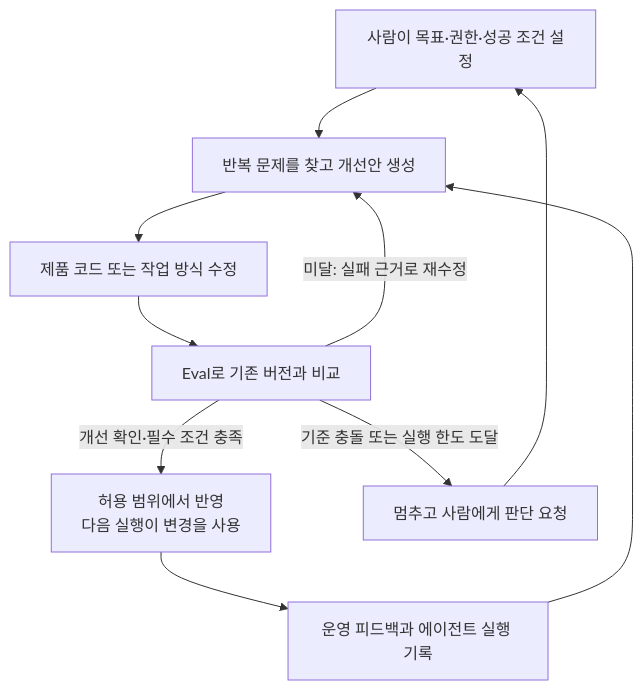
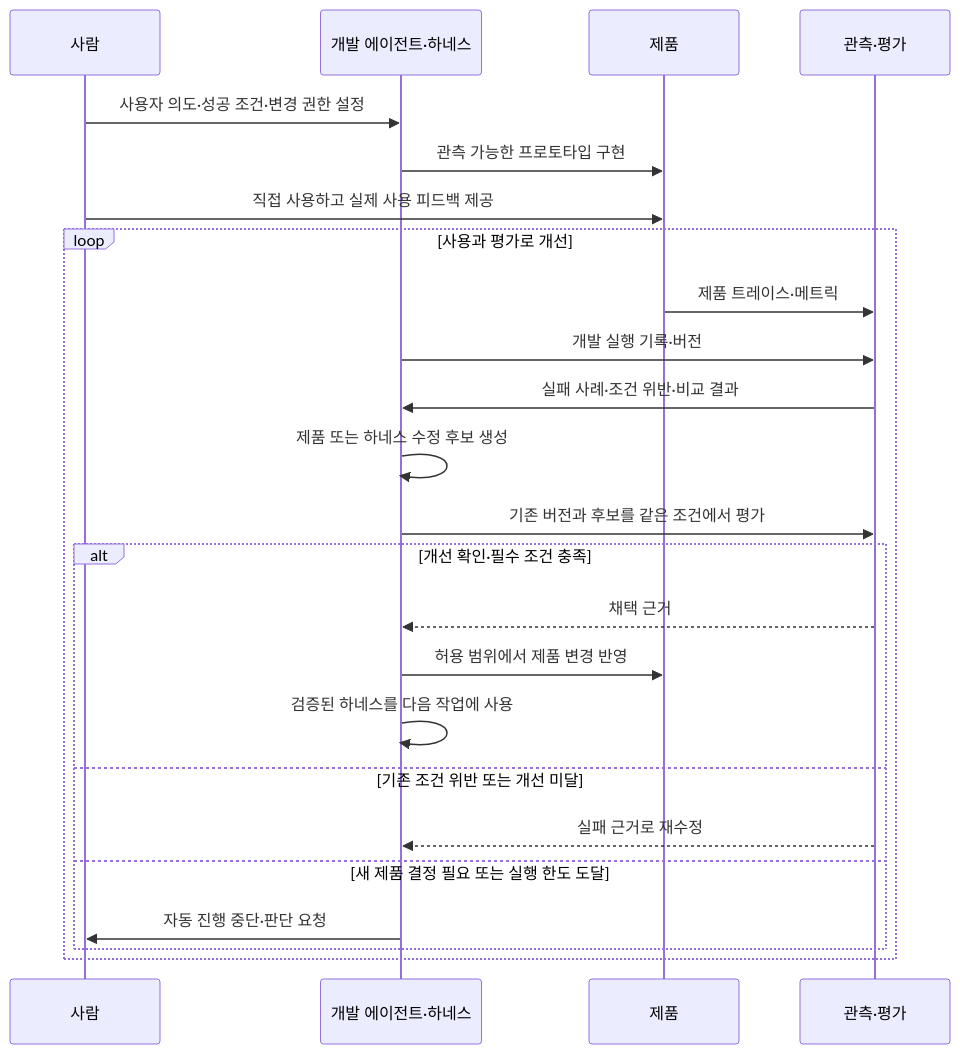
Before and after one commit to haandol/haandol.github.com: the first of 2 diagrams in _posts/2026-10-05-software-factory-evals-and-tension-metrics.md, drawn with Mermaid. The commit also changed other lines of this file and 1 other file, not shown here.

````diff
--- a/_posts/2026-10-05-software-factory-evals-and-tension-metrics.md
+++ b/_posts/2026-10-05-software-factory-evals-and-tension-metrics.md
@@ -48,12 +82,26 @@
 ```mermaid
-flowchart TD
-    H["사람이 목표·권한·성공 조건 설정"] --> B
-    A["운영 피드백과 에이전트 실행 기록"] --> B["반복 문제를 찾고 개선안 생성"]
-    B --> C["제품 코드 또는 작업 방식 수정"]
-    C --> D["Eval로 기존 버전과 비교"]
-    D -->|미달: 실패 근거로 재수정| B
-    D -->|개선 확인·필수 조건 충족| E["허용 범위에서 반영<br/>다음 실행이 변경을 사용"]
-    E --> A
-    D -->|기준 충돌 또는 실행 한도 도달| F["멈추고 사람에게 판단 요청"]
-    F --> H
+sequenceDiagram
+    participant H as 사람
+    participant F as 개발 에이전트·하네스
+    participant P as 제품
+    participant E as 관측·평가
+    H->>F: 사용자 의도·성공 조건·변경 권한 설정
+    F->>P: 관측 가능한 프로토타입 구현
+    H->>P: 직접 사용하고 실제 사용 피드백 제공
+    loop 사용과 평가로 개선
+        P->>E: 제품 트레이스·메트릭
+        F->>E: 개발 실행 기록·버전
+        E->>F: 실패 사례·조건 위반·비교 결과
+        F->>F: 제품 또는 하네스 수정 후보 생성
+        F->>E: 기존 버전과 후보를 같은 조건에서 평가
+        alt 개선 확인·필수 조건 충족
+            E-->>F: 채택 근거
+            F->>P: 허용 범위에서 제품 변경 반영
+            F->>F: 검증된 하네스를 다음 작업에 사용
+        else 기존 조건 위반 또는 개선 미달
+            E-->>F: 실패 근거로 재수정
+        else 새 제품 결정 필요 또는 실행 한도 도달
+            F->>H: 자동 진행 중단·판단 요청
+        end
+    end
 ```
````
